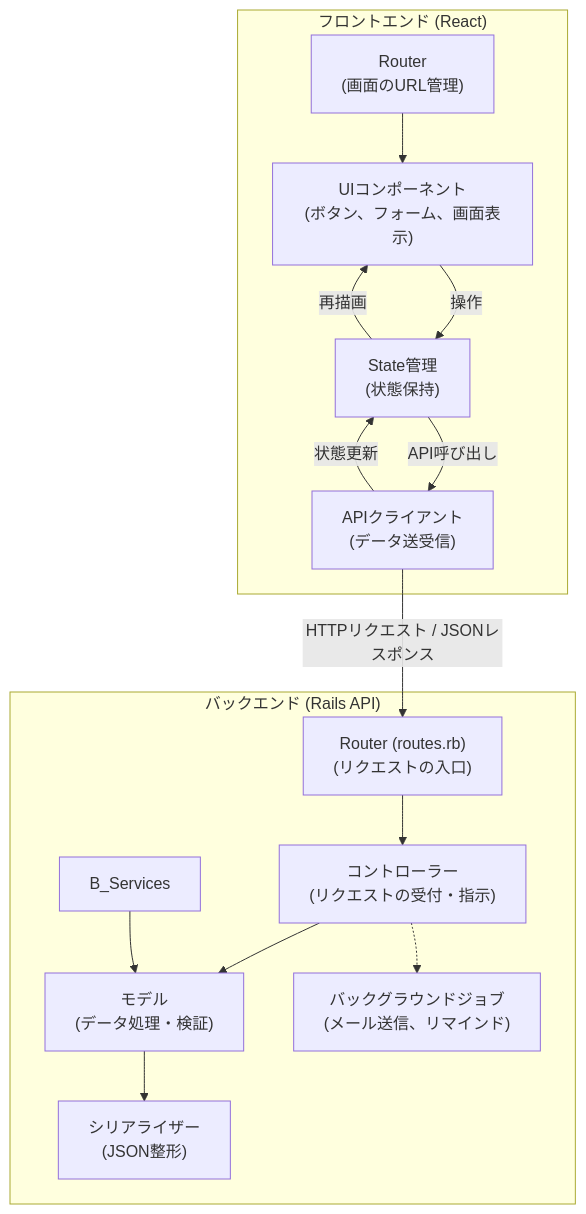
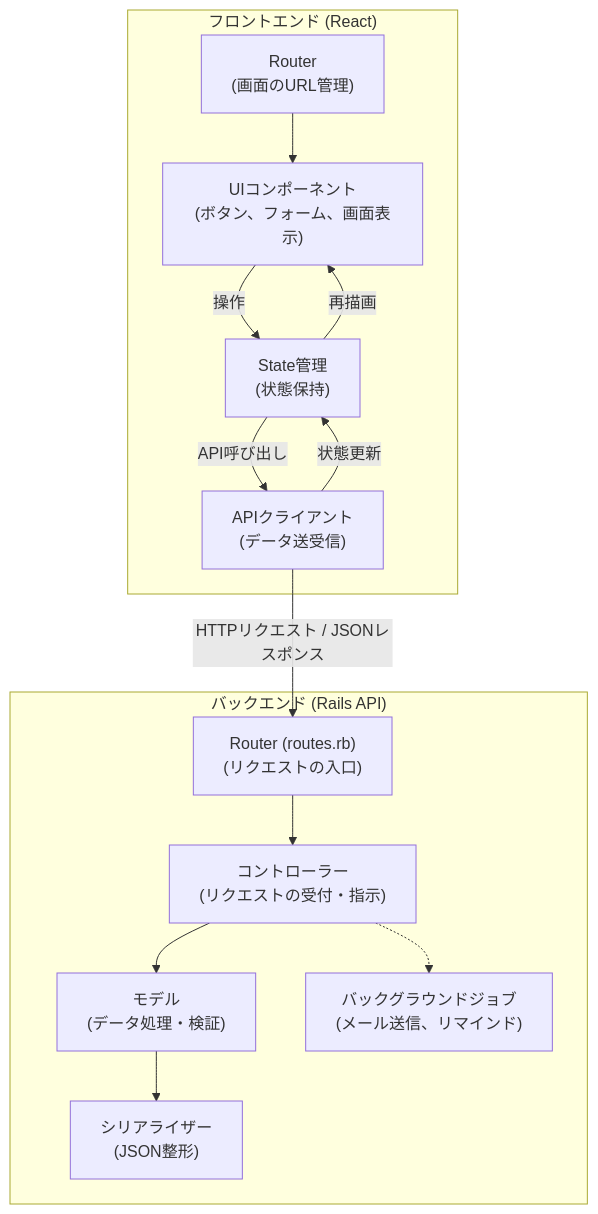
One commit to compile425/yubikirigennmann changed the ninth of 9 diagrams in documents/design.md. Above: the diagram before and after it, drawn with Mermaid.

````diff
--- a/documents/design.md
+++ b/documents/design.md
@@ -265,21 +265,20 @@
 ```mermaid
 graph TD
     subgraph "フロントエンド (React)"
         F_Router["Router<br>(画面のURL管理)"] --> F_Components["UIコンポーネント<br>(ボタン、フォーム、画面表示)"]
         F_Components -- "操作" --> F_State["State管理<br>(状態保持)"]
         F_State -- "API呼び出し" --> F_API["APIクライアント<br>(データ送受信)"]
         F_API -- "状態更新" --> F_State
         F_State -- "再描画" --> F_Components
     end
 
     subgraph "バックエンド (Rails API)"
         B_Router["Router (routes.rb)<br>(リクエストの入口)"] --> B_Controllers["コントローラー<br>(リクエストの受付・指示)"]
         B_Controllers --> B_Models["モデル<br>(データ処理・検証)"]
-        B_Services --> B_Models
         B_Models --> B_Serializers["シリアライザー<br>(JSON整形)"]
         B_Controllers -.-> B_Jobs["バックグラウンドジョブ<br>(メール送信、リマインド)"]
     end
 
     %% フロントエンドとバックエンドの連携
     F_API -- "HTTPリクエスト / JSONレスポンス" --> B_Router
 ```
````
